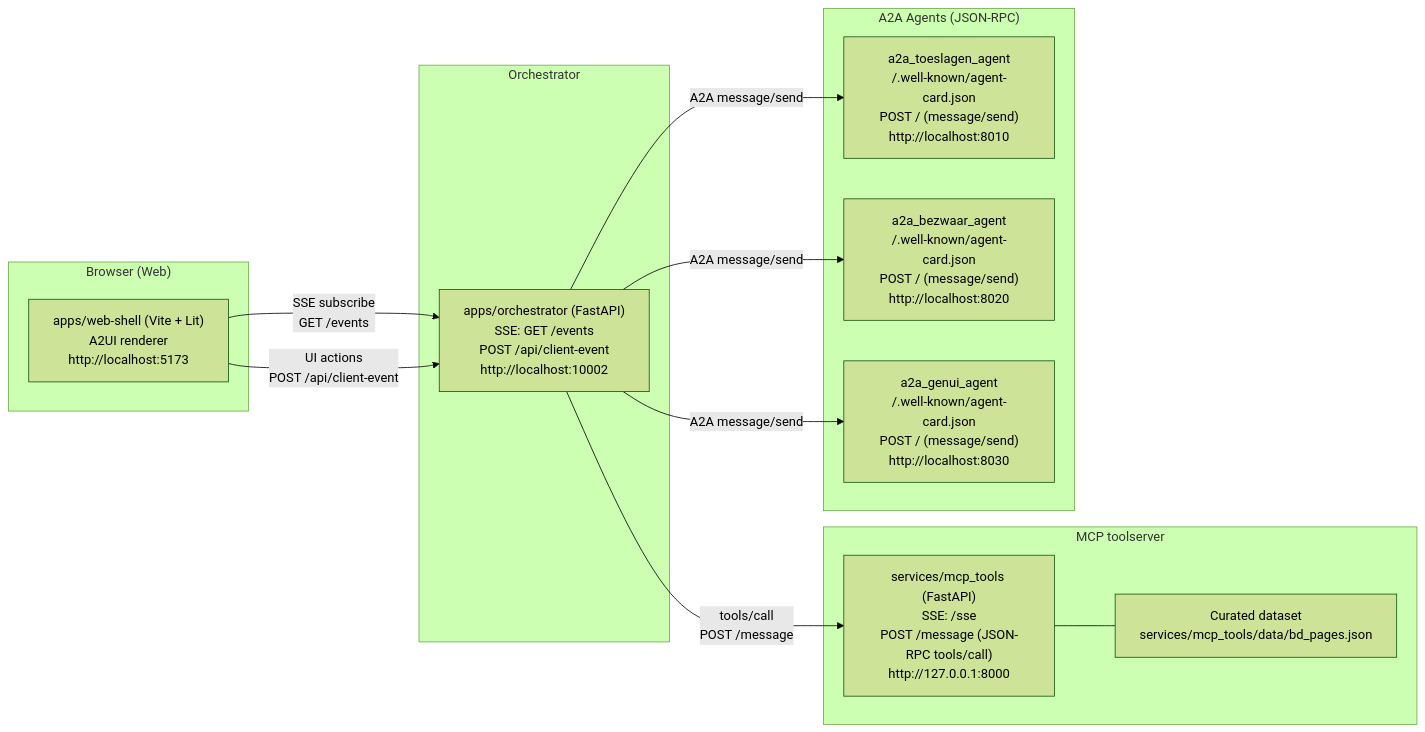
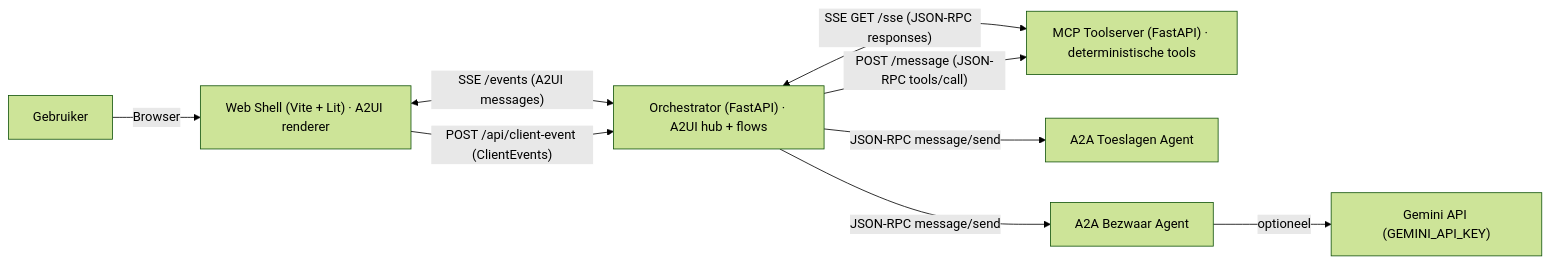
The first of 8 diagrams in docs/ARCHITECTURE.md (ramonankersmit/a2ai-assistants), drawn with Mermaid (forest theme) before and after one commit. The commit also changed other lines of this file, not shown here.

Commit message:
Docs: extend architecture.md with GenUI Search/Wizard/Form flows while preserving existing Mermaid diagrams

````diff
--- a/docs/ARCHITECTURE.md
+++ b/docs/ARCHITECTURE.md
@@ -15,52 +7,15 @@
 ```mermaid
 flowchart LR
-  subgraph Browser["Browser (Web)"]
-    WEB["apps/web-shell (Vite + Lit)
-A2UI renderer
-http://localhost:5173"]
-  end
+  U["Gebruiker"] -->|"Browser"| W["Web Shell (Vite + Lit) · A2UI renderer"]
 
-  subgraph ORCH["Orchestrator"]
-    ORCHAPI["apps/orchestrator (FastAPI)
-SSE: GET /events
-POST /api/client-event
-http://localhost:10002"]
-  end
+  W <-->|"SSE /events (A2UI messages)"| O["Orchestrator (FastAPI) · A2UI hub + flows"]
+  W -->|"POST /api/client-event (ClientEvents)"| O
 
-  subgraph MCP["MCP toolserver"]
-    MCPAPI["services/mcp_tools (FastAPI)
-SSE: /sse
-POST /message (JSON-RPC tools/call)
-http://127.0.0.1:8000"]
-    MCPDATA["Curated dataset
-services/mcp_tools/data/bd_pages.json"]
-  end
+  O <-->|"SSE GET /sse (JSON-RPC responses)"| MCP["MCP Toolserver (FastAPI) · deterministische tools"]
+  O -->|"POST /message (JSON-RPC tools/call)"| MCP
 
-  subgraph A2A["A2A Agents (JSON-RPC)"]
-    TSL["a2a_toeslagen_agent
-/.well-known/agent-card.json
-POST / (message/send)
-http://localhost:8010"]
-    BZW["a2a_bezwaar_agent
-/.well-known/agent-card.json
-POST / (message/send)
-http://localhost:8020"]
-    GUI["a2a_genui_agent
-/.well-known/agent-card.json
-POST / (message/send)
-http://localhost:8030"]
-  end
+  O -->|"JSON-RPC message/send"| A2AT["A2A Toeslagen Agent"]
+  O -->|"JSON-RPC message/send"| A2AB["A2A Bezwaar Agent"]
 
-  WEB -- "SSE subscribe
-GET /events" --> ORCHAPI
-  WEB -- "UI actions
-POST /api/client-event" --> ORCHAPI
-
-  ORCHAPI -- "tools/call
-POST /message" --> MCPAPI
-  MCPAPI --- MCPDATA
-
-  ORCHAPI -- "A2A message/send" --> TSL
-  ORCHAPI -- "A2A message/send" --> BZW
-  ORCHAPI -- "A2A message/send" --> GUI
+  A2AB -->|"optioneel"| G["Gemini API (GEMINI_API_KEY)"]
 ```
````
